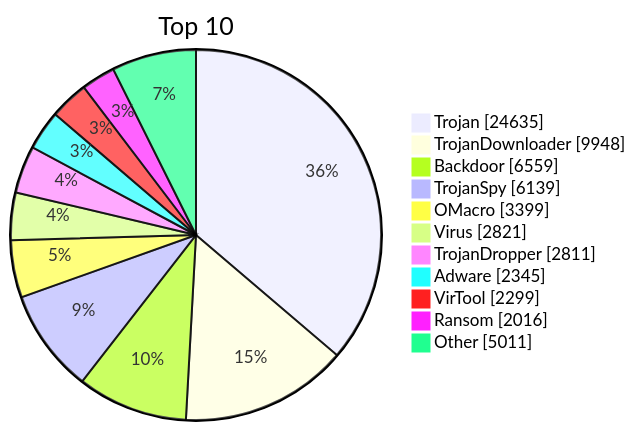
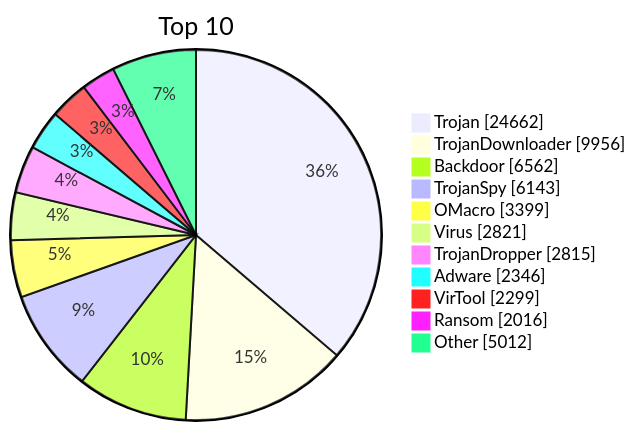
One commit to JerryLinLinLin/huorong-virdb-changelog changed the diagram in README.md. Above: the diagram before and after it, drawn with Mermaid. The commit also changed other lines of this file and 16 other files, not shown here.

````diff
--- a/README.md
+++ b/README.md
@@ -19,15 +19,15 @@
 ```mermaid
 pie showData
     title Top 10
-    "Trojan" : 24635
-    "TrojanDownloader" : 9948
-    "Backdoor" : 6559
-    "TrojanSpy" : 6139
+    "Trojan" : 24662
+    "TrojanDownloader" : 9956
+    "Backdoor" : 6562
+    "TrojanSpy" : 6143
     "OMacro" : 3399
     "Virus" : 2821
-    "TrojanDropper" : 2811
-    "Adware" : 2345
+    "TrojanDropper" : 2815
+    "Adware" : 2346
     "VirTool" : 2299
     "Ransom" : 2016
-    "Other" : 5011
+    "Other" : 5012
 ```
````
